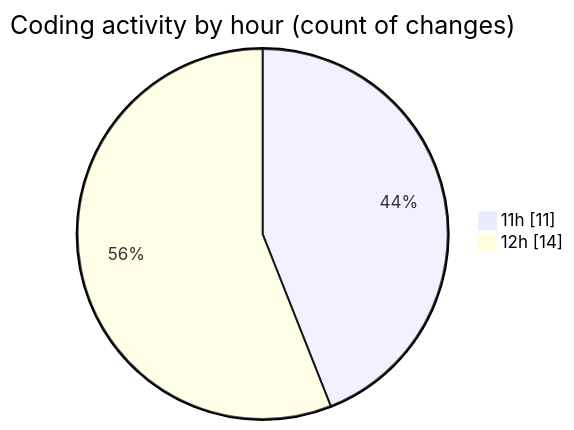
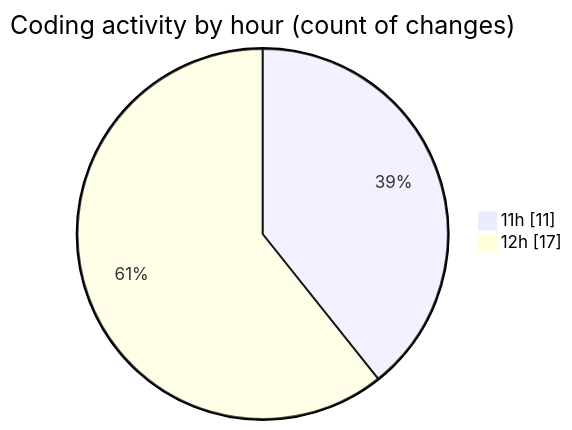
The second of 2 diagrams in 2025-10-14/nxtqube_webapp/README.md (nxtqubesakshisongat/code-tracking), drawn with Mermaid before and after one commit. The commit also changed other lines of this file and 1 other file, not shown here.

````diff
--- a/2025-10-14/nxtqube_webapp/README.md
+++ b/2025-10-14/nxtqube_webapp/README.md
@@ -29,6 +29,6 @@
 ```mermaid
 pie showData
 title Coding activity by hour (count of changes)
 "11h" : 11
-"12h" : 14
+"12h" : 17
 ```
````
